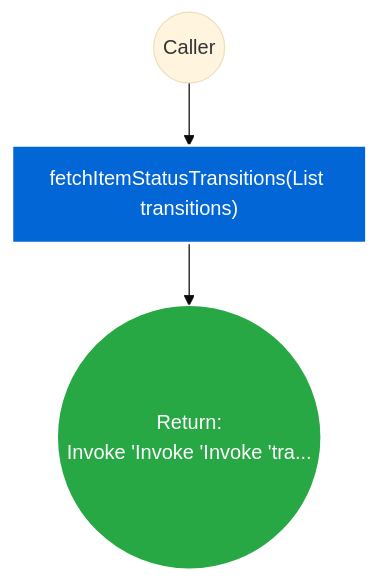
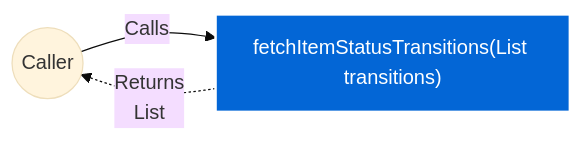
Before and after one commit to FelipeMCassiano/geanky: diagram 14 of 15 in docs/CloudSyncUploadService.md, drawn with Mermaid (base theme). The commit also changed other lines of this file and 6 other files, not shown here.

````diff
--- a/docs/CloudSyncUploadService.md
+++ b/docs/CloudSyncUploadService.md
@@ -952,11 +1095,9 @@
 ```mermaid
-flowchart TD
+flowchart LR
     classDef methodNode fill:#0366d6,stroke:#fff,stroke-width:2px,color:#fff;
-    classDef callNode fill:#f1f8ff,stroke:#0366d6,color:#24292f;
-    classDef ifNode fill:#fff8c5,stroke:#d73a49,color:#24292f;
-    classDef retNode fill:#28a745,stroke:#fff,color:#fff;
+    Caller(("Caller"))
+    Method["fetchItemStatusTransitions(List<ItemStatusTransitionProjection> transitions)"]:::methodNode
 
-    START(("Caller")) --> M_ENTRY["fetchItemStatusTransitions(List<ItemStatusTransitionProjection> transitions)"]:::methodNode
-    M_ENTRY --> N1(("Return:<br>Invoke 'Invoke 'Invoke 'tra...")):::retNode
-
+    Caller -- "Calls" --> Method
+    Method -. "Returns<br>List<ItemStatusSyncDTO>" .-> Caller
 ```
````
